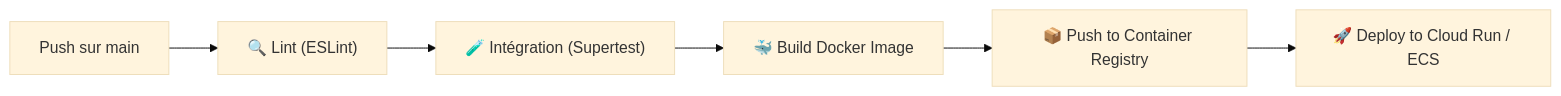
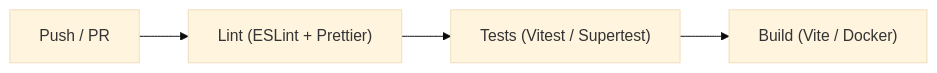
The sixth of 7 diagrams in docs/RNCP_Bloc2/dossier_technique.md (flavienderoy/myvisuals-back), drawn with Mermaid (base theme) before and after one commit. The commit also changed other lines of this file and 1 other file, not shown here.

````diff
--- a/docs/RNCP_Bloc2/dossier_technique.md
+++ b/docs/RNCP_Bloc2/dossier_technique.md
@@ -1386,8 +862,6 @@
 ```mermaid
 graph LR
-    A["Push sur main"] --> B["🔍 Lint (ESLint)"]
-    B --> C["🧪 Intégration (Supertest)"]
-    C --> D["🐳 Build Docker Image"]
-    D --> E["📦 Push to Container Registry"]
-    E --> F["🚀 Deploy to Cloud Run / ECS"]
+    A["Push / PR"] --> B["Lint (ESLint + Prettier)"]
+    B --> C["Tests (Vitest / Supertest)"]
+    C --> D["Build (Vite / Docker)"]
 ```
````
